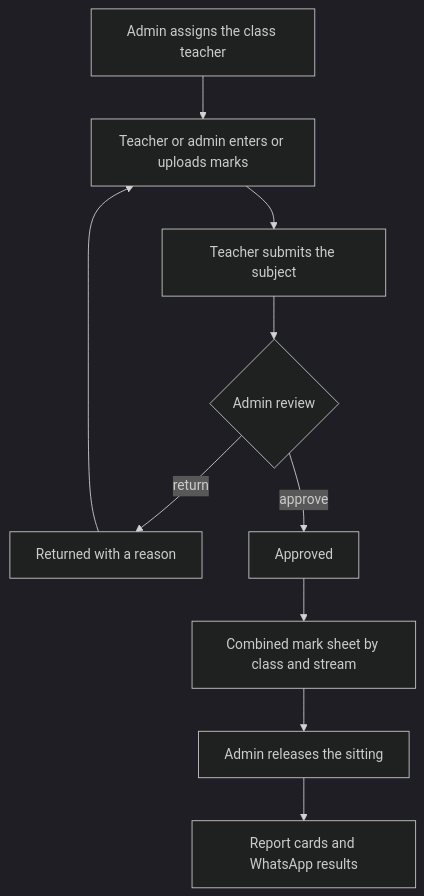
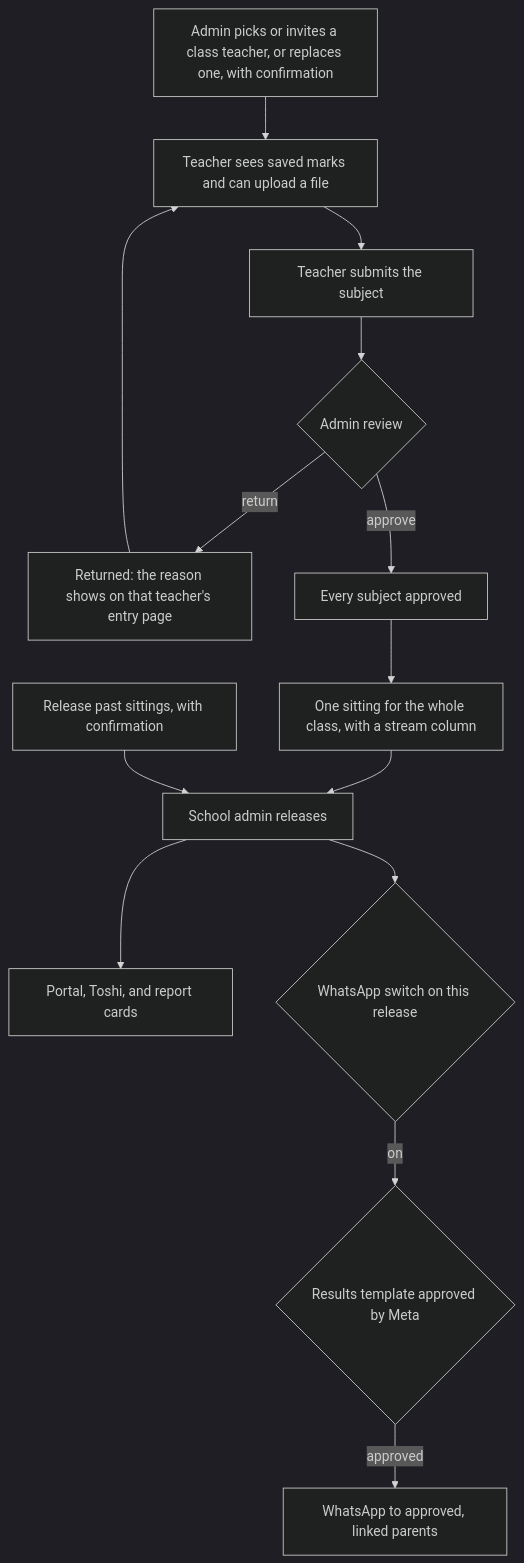
Before and after one commit to KlassApp-Foundation/KlassApp: the first of 2 diagrams in docs/product/marks-flow.md, drawn with Mermaid (dark theme). The commit also changed other lines of this file and 1 other file, not shown here.

First line of the commit message:
Record the approved marks-flow decisions and the template gap.

````diff
--- a/docs/product/marks-flow.md
+++ b/docs/product/marks-flow.md
@@ -13,22 +15,30 @@
 ```mermaid
 flowchart TD
-  assign["Admin assigns the class teacher"]
-  enter["Teacher or admin enters or uploads marks"]
+  assign["Admin picks or invites a class teacher, or replaces one, with confirmation"]
+  enter["Teacher sees saved marks and can upload a file"]
   submit["Teacher submits the subject"]
   review{"Admin review"}
-  returned["Returned with a reason"]
-  approved["Approved"]
-  sheet["Combined mark sheet by class and stream"]
-  release["Admin releases the sitting"]
-  out["Report cards and WhatsApp results"]
+  returned["Returned: the reason shows on that teacher's entry page"]
+  approved["Every subject approved"]
+  sheet["One sitting for the whole class, with a stream column"]
+  release["School admin releases"]
+  past["Release past sittings, with confirmation"]
+  family["Portal, Toshi, and report cards"]
+  switch{"WhatsApp switch on this release"}
+  template{"Results template approved by Meta"}
+  wa["WhatsApp to approved, linked parents"]
 
   assign --> enter
   enter --> submit
   submit --> review
   review -->|return| returned
   returned --> enter
   review -->|approve| approved
   approved --> sheet
   sheet --> release
-  release --> out
+  past --> release
+  release --> family
+  release --> switch
+  switch -->|on| template
+  template -->|approved| wa
 ```
````
